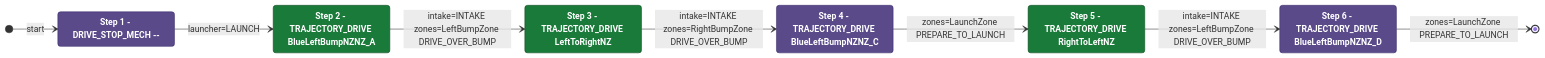
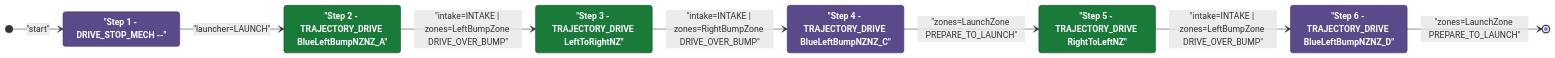
One commit to Team302/2026Rebuilt changed the diagram in documents/auton/RedTDepLaunch2NDepNOutScoreNCli.md. Above: the diagram before and after it, drawn with Mermaid. The commit also changed other lines of this file and 242 other files, not shown here.

Commit message:
Regenerated diagrams with fixed red

````diff
--- a/documents/auton/RedTDepLaunch2NDepNOutScoreNCli.md
+++ b/documents/auton/RedTDepLaunch2NDepNOutScoreNCli.md
@@ -8,30 +8,30 @@
 ```mermaid
 stateDiagram-v2
     direction LR
 
     %% Green = intake active, Purple = intake off
     classDef intake  fill:#1a7a3a,color:#ffffff,stroke:#0d4a1f,font-weight:bold
     classDef noIntake fill:#5a4a8a,color:#ffffff,stroke:#3a2a6a,font-weight:bold
 
-    Step1 : Step 1 - DRIVE_STOP_MECH --
-    Step2 : Step 2 - TRAJECTORY_DRIVE BlueLeftBumpNZNZ_A
-    Step3 : Step 3 - TRAJECTORY_DRIVE LeftToRightNZ
-    Step4 : Step 4 - TRAJECTORY_DRIVE BlueLeftBumpNZNZ_C
-    Step5 : Step 5 - TRAJECTORY_DRIVE RightToLeftNZ
-    Step6 : Step 6 - TRAJECTORY_DRIVE BlueLeftBumpNZNZ_D
+    Step1 : "Step 1 - DRIVE_STOP_MECH --"
+    Step2 : "Step 2 - TRAJECTORY_DRIVE BlueLeftBumpNZNZ_A"
+    Step3 : "Step 3 - TRAJECTORY_DRIVE LeftToRightNZ"
+    Step4 : "Step 4 - TRAJECTORY_DRIVE BlueLeftBumpNZNZ_C"
+    Step5 : "Step 5 - TRAJECTORY_DRIVE RightToLeftNZ"
+    Step6 : "Step 6 - TRAJECTORY_DRIVE BlueLeftBumpNZNZ_D"
 
     class Step1 noIntake
     class Step2 intake
     class Step3 intake
     class Step4 noIntake
     class Step5 intake
     class Step6 noIntake
 
-    [*] --> Step1 : start
-    Step1 --> Step2: launcher=LAUNCH
-    Step2 --> Step3: intake=INTAKE zones=LeftBumpZone DRIVE_OVER_BUMP
-    Step3 --> Step4: intake=INTAKE zones=RightBumpZone DRIVE_OVER_BUMP
-    Step4 --> Step5: zones=LaunchZone PREPARE_TO_LAUNCH
-    Step5 --> Step6: intake=INTAKE zones=LeftBumpZone DRIVE_OVER_BUMP
-    Step6 --> [*]: zones=LaunchZone PREPARE_TO_LAUNCH
+    [*] --> Step1 : "start"
+    Step1 --> Step2: "launcher=LAUNCH"
+    Step2 --> Step3: "intake=INTAKE | zones=LeftBumpZone DRIVE_OVER_BUMP"
+    Step3 --> Step4: "intake=INTAKE | zones=RightBumpZone DRIVE_OVER_BUMP"
+    Step4 --> Step5: "zones=LaunchZone PREPARE_TO_LAUNCH"
+    Step5 --> Step6: "intake=INTAKE | zones=LeftBumpZone DRIVE_OVER_BUMP"
+    Step6 --> [*]: "zones=LaunchZone PREPARE_TO_LAUNCH"
 ```
````
